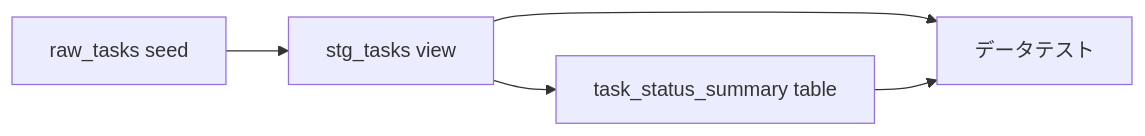
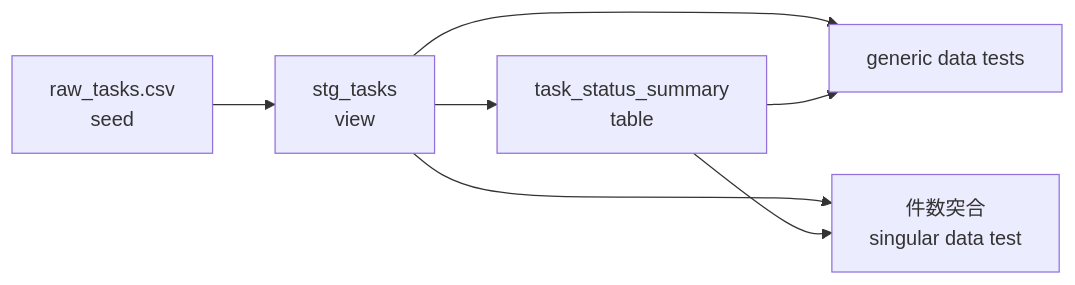
The diagram in docs/dbt.ja.md (ks6088ts-labs/template-azure-python), drawn with Mermaid before and after one commit. The commit also changed other lines of this file and 1 other file, not shown here.

````diff
--- a/docs/dbt.ja.md
+++ b/docs/dbt.ja.md
@@ -11,7 +87,9 @@
 ```mermaid
 flowchart LR
-    seed["raw_tasks seed"] --> staging["stg_tasks view"]
-    staging --> mart["task_status_summary table"]
-    staging --> tests["データテスト"]
+    seed["raw_tasks.csv<br>seed"] --> staging["stg_tasks<br>view"]
+    staging --> mart["task_status_summary<br>table"]
+    staging --> tests["generic data tests"]
     mart --> tests
+    staging --> singular["件数突合<br>singular data test"]
+    mart --> singular
 ```
````
